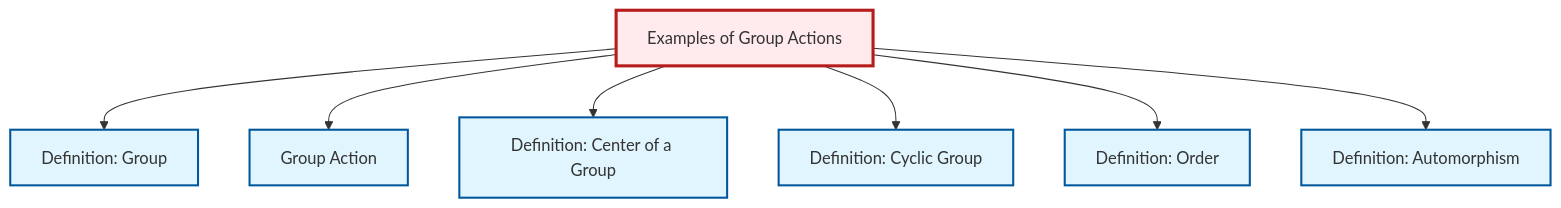
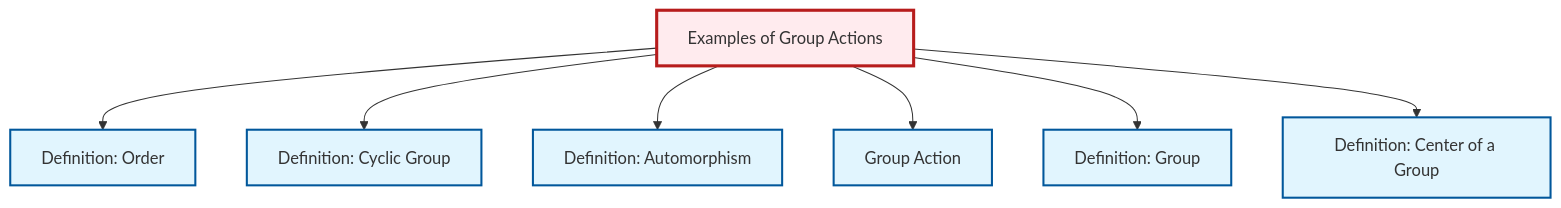
One commit to RK0429/ModernMath changed the diagram in content/en/algebra/ex-group-action-examples.qmd. Above: the diagram before and after it, drawn with Mermaid. The commit also changed other lines of this file and 1012 other files, not shown here.

````diff
--- a/content/en/algebra/ex-group-action-examples.qmd
+++ b/content/en/algebra/ex-group-action-examples.qmd
@@ -78,29 +78,29 @@
 ```{mermaid}
 %%| fig-cap: "Local dependency graph"
 graph TD
     classDef definition fill:#e1f5fe,stroke:#01579b,stroke-width:2px
     classDef theorem fill:#f3e5f5,stroke:#4a148c,stroke-width:2px
     classDef axiom fill:#fff3e0,stroke:#e65100,stroke-width:2px
     classDef example fill:#e8f5e9,stroke:#1b5e20,stroke-width:2px
     classDef current fill:#ffebee,stroke:#b71c1c,stroke-width:3px
-    def-automorphism["Definition: Automorphism"]:::definition
     def-cyclic-group["Definition: Cyclic Group"]:::definition
     def-order["Definition: Order"]:::definition
+    def-group-action["Group Action"]:::definition
+    def-center-of-group["Definition: Center of a Group"]:::definition
+    def-automorphism["Definition: Automorphism"]:::definition
     ex-group-action-examples["Examples of Group Actions"]:::example
-    def-center-of-group["Definition: Center of a Group"]:::definition
-    def-group-action["Group Action"]:::definition
     def-group["Definition: Group"]:::definition
+    ex-group-action-examples --> def-order
+    ex-group-action-examples --> def-cyclic-group
+    ex-group-action-examples --> def-automorphism
+    ex-group-action-examples --> def-group-action
     ex-group-action-examples --> def-group
-    ex-group-action-examples --> def-group-action
     ex-group-action-examples --> def-center-of-group
-    ex-group-action-examples --> def-cyclic-group
-    ex-group-action-examples --> def-order
-    ex-group-action-examples --> def-automorphism
     class ex-group-action-examples current
-    click def-automorphism "def-automorphism.html" "Go to Automorphism definition"
     click def-cyclic-group "def-cyclic-group.html" "Go to Cyclic Group definition"
     click def-order "def-order.html" "Go to Order definition"
+    click def-group-action "def-group-action.html" "Go to Group Action"
     click def-center-of-group "def-center-of-group.html" "Go to Center of a Group definition"
-    click def-group-action "def-group-action.html" "Go to Group Action"
+    click def-automorphism "def-automorphism.html" "Go to Automorphism definition"
     click def-group "def-group.html" "Go to Group definition"
 ```
````
